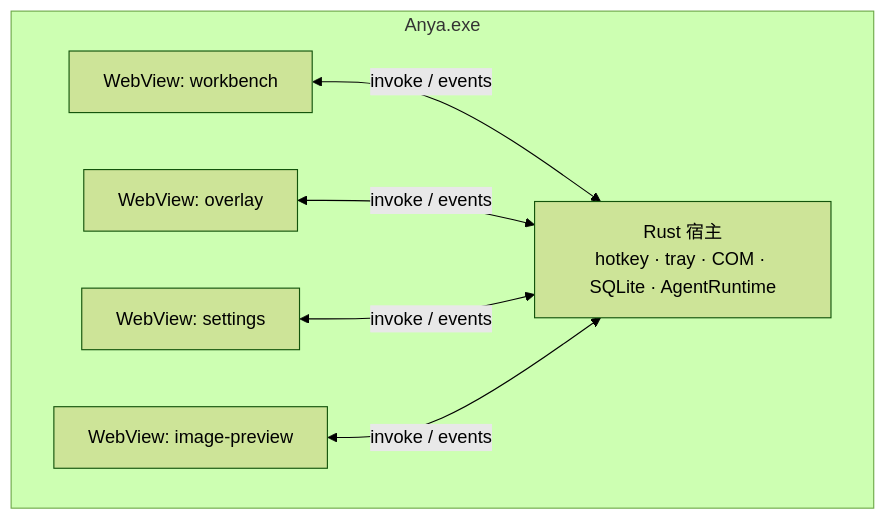
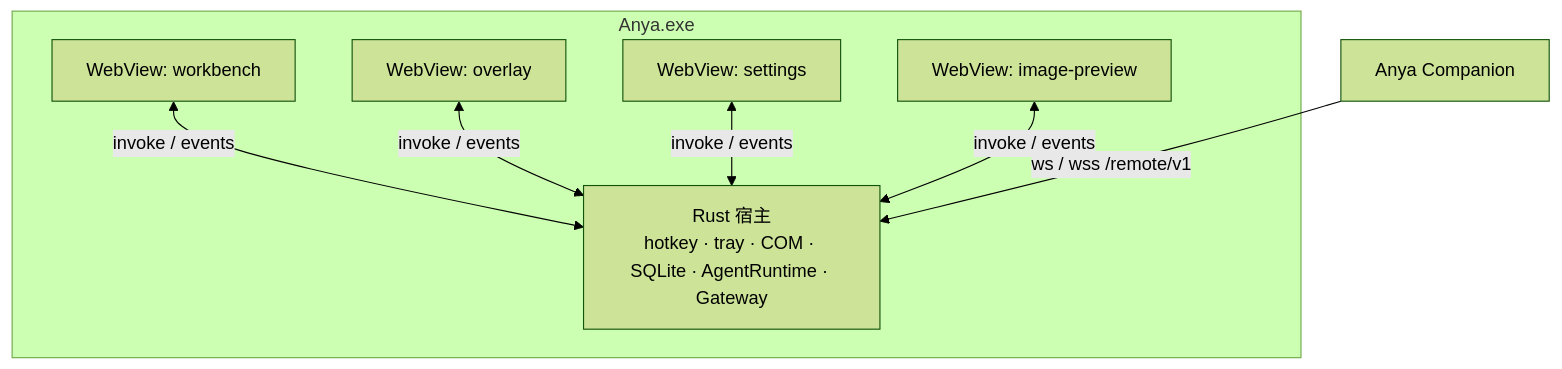
The third of 14 diagrams in docs/architecture-overview.zh-CN.md (rururunu/Anya), drawn with Mermaid (forest theme) before and after one commit. The commit also changed other lines of this file and 71 other files, not shown here.

````diff
--- a/docs/architecture-overview.zh-CN.md
+++ b/docs/architecture-overview.zh-CN.md
@@ -152,15 +157,18 @@
 ```mermaid
 flowchart TB
   subgraph Process["Anya.exe"]
-    Rust["Rust 宿主<br/>hotkey · tray · COM · SQLite · AgentRuntime"]
+    Rust["Rust 宿主<br/>hotkey · tray · COM · SQLite · AgentRuntime · Gateway"]
     WV1["WebView: workbench"]
     WV2["WebView: overlay"]
     WV3["WebView: settings"]
     WV4["WebView: image-preview"]
   end
 
+  Phone[Anya Companion]
+
   WV1 <-->|invoke / events| Rust
   WV2 <-->|invoke / events| Rust
   WV3 <-->|invoke / events| Rust
   WV4 <-->|invoke / events| Rust
+  Phone -->|ws / wss /remote/v1| Rust
 ```
````
